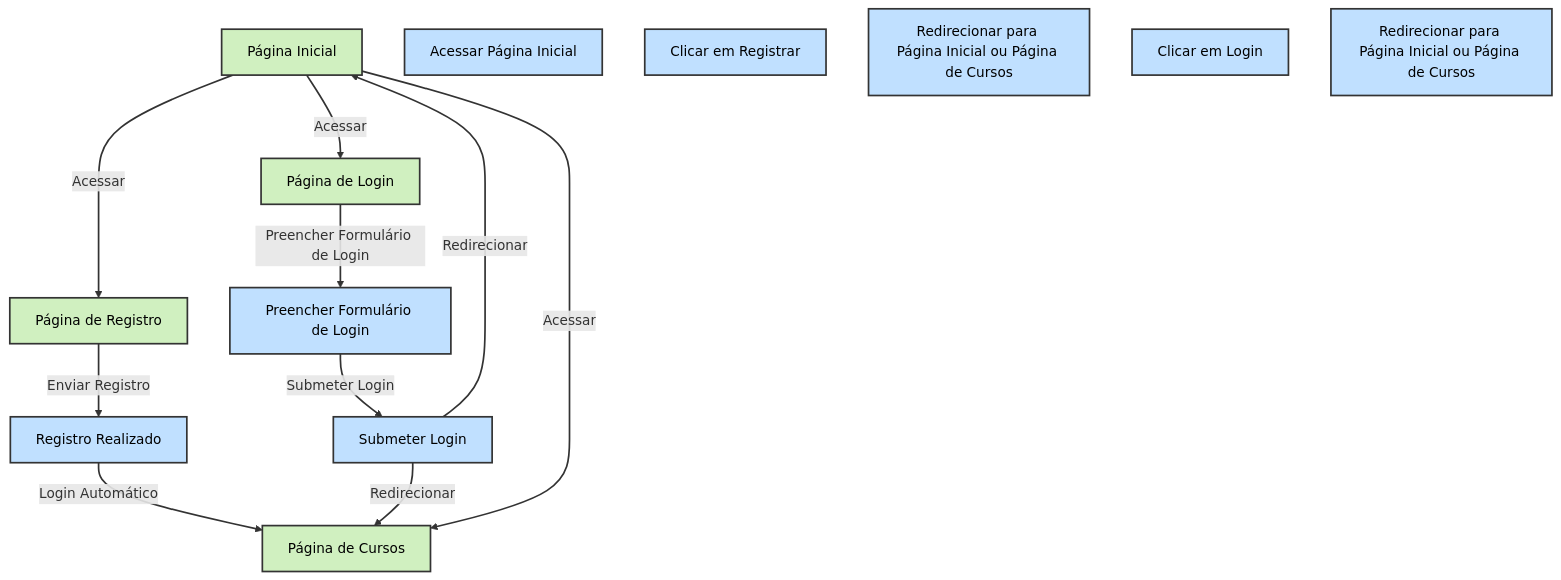
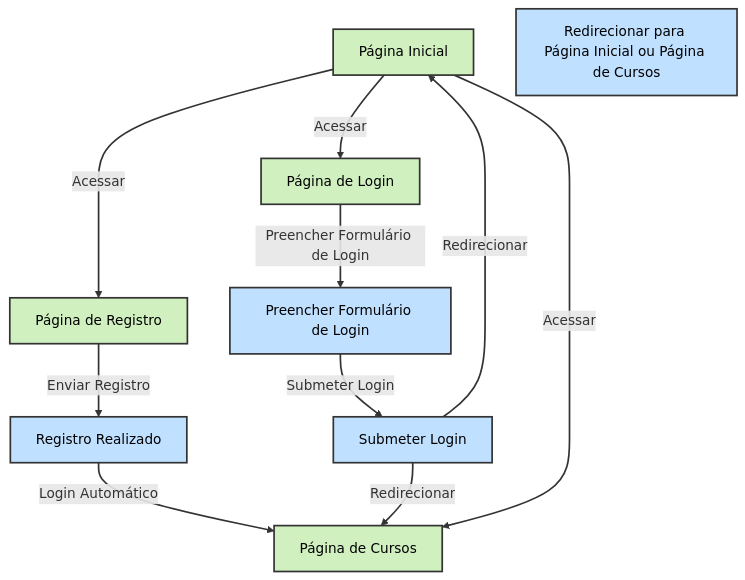
Before and after one commit to Paiva8859/PlataformaEAD: the fifth of 7 diagrams in README.md, drawn with Mermaid.

````diff
--- a/README.md
+++ b/README.md
@@ -125,43 +125,39 @@
 ```mermaid
 flowchart TD
     %% Definindo as Páginas como Ações
     P1[Página Inicial]
     P2[Página de Registro]
     P3[Página de Login]
     P4[Página de Cursos]
 
     %% Definindo as Ações e Transições
-    A1[Acessar Página Inicial]
-    A2[Clicar em Registrar]
     A4[Registro Realizado]
-    A6[Redirecionar para Página Inicial ou Página de Cursos]
 
-    A7[Clicar em Login]
     A8[Preencher Formulário de Login]
     A9[Submeter Login]
     A10[Redirecionar para Página Inicial ou Página de Cursos]
 
     %% Fluxo de Registro
     P1 -->|Acessar| P2
     P2 -->|Enviar Registro| A4
     A4 -->|Login Automático| P4
 
     %% Fluxo de Login
     P1 -->|Acessar| P3
     P3 -->|Preencher Formulário de Login| A8
     A8 -->|Submeter Login| A9
     A9 -->|Redirecionar| P1
     A9 -->|Redirecionar| P4
 
     %% Fluxo de Visualização de Cursos
     P1 -->|Acessar| P4
 
     %% Estilizando as Ações e Transições
     classDef page fill:#d0f0c0,stroke:#333,stroke-width:2px,color:#000;
     classDef action fill:#c0e0ff,stroke:#333,stroke-width:2px,color:#000;
     class P1,P2,P3,P4 page;
     class A1,A2,A3,A4,A5,A6,A7,A8,A9,A10,A11 action;
 
     %% Estilizando as Conexões
     linkStyle default stroke:#333,stroke-width:2px;
 ```
````
